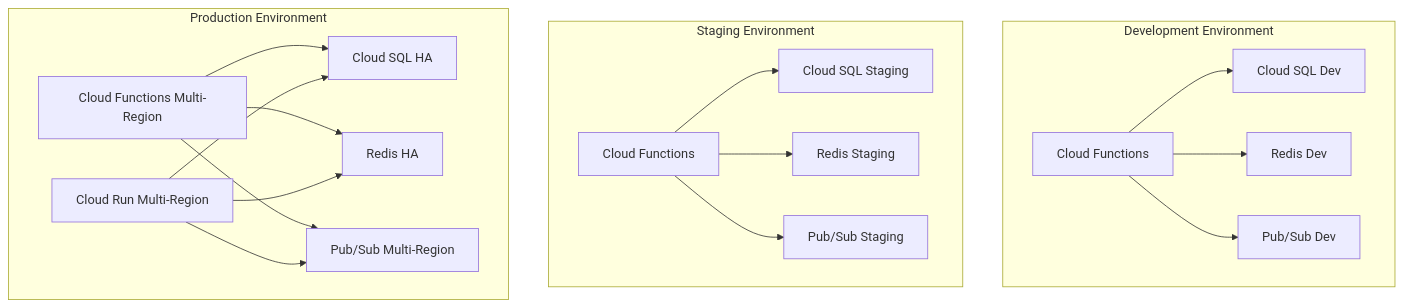
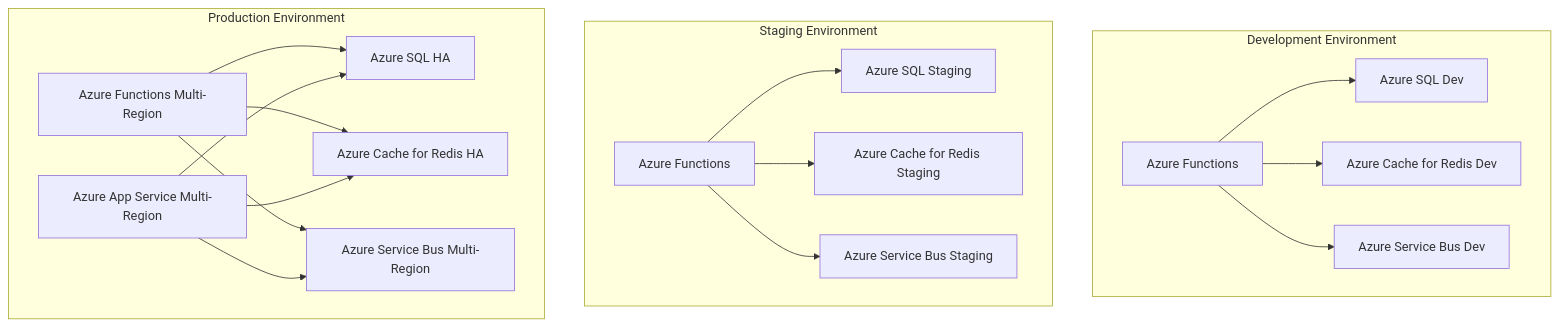
One commit to ryderpongracic1/social-media-sentiment changed the diagram in docs/DEPLOYMENT_ARCHITECTURE.md. Above: the diagram before and after it, drawn with Mermaid. The commit also changed other lines of this file and 1 other file, not shown here.

First line of the commit message:
Refactor: Align project structure for Azure deployment

````diff
--- a/docs/DEPLOYMENT_ARCHITECTURE.md
+++ b/docs/DEPLOYMENT_ARCHITECTURE.md
@@ -11,29 +11,29 @@
 ```mermaid
 graph TB
     subgraph "Development Environment"
-        A1[Cloud Functions] --> A2[Cloud SQL Dev]
-        A1 --> A3[Redis Dev]
-        A1 --> A4[Pub/Sub Dev]
+        A1[Azure Functions] --> A2[Azure SQL Dev]
+        A1 --> A3[Azure Cache for Redis Dev]
+        A1 --> A4[Azure Service Bus Dev]
     end
     
     subgraph "Staging Environment"
-        B1[Cloud Functions] --> B2[Cloud SQL Staging]
-        B1 --> B3[Redis Staging]
-        B1 --> B4[Pub/Sub Staging]
+        B1[Azure Functions] --> B2[Azure SQL Staging]
+        B1 --> B3[Azure Cache for Redis Staging]
+        B1 --> B4[Azure Service Bus Staging]
     end
     
     subgraph "Production Environment"
-        C1[Cloud Functions Multi-Region]
-        C2[Cloud Run Multi-Region]
-        C3[Cloud SQL HA]
-        C4[Redis HA]
-        C5[Pub/Sub Multi-Region]
+        C1[Azure Functions Multi-Region]
+        C2[Azure App Service Multi-Region]
+        C3[Azure SQL HA]
+        C4[Azure Cache for Redis HA]
+        C5[Azure Service Bus Multi-Region]
         
         C1 --> C3
         C1 --> C4
         C1 --> C5
         C2 --> C3
         C2 --> C4
         C2 --> C5
     end
 ```
````
